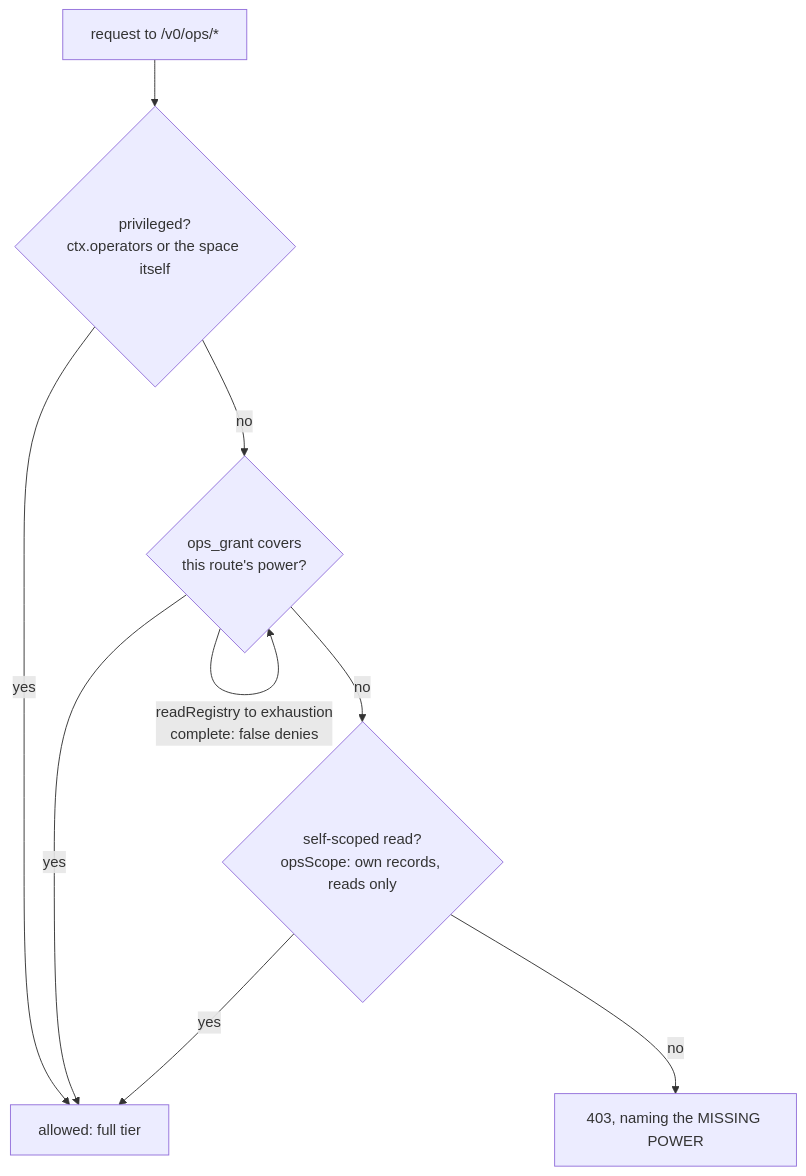
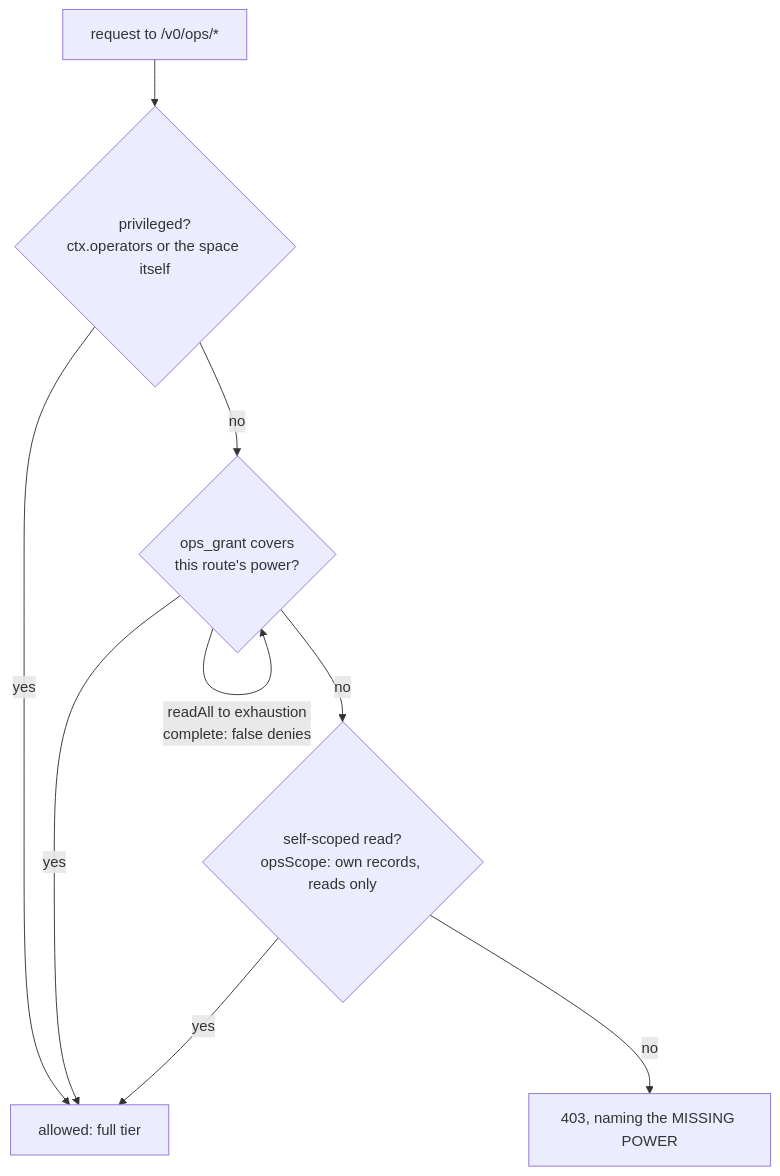
One commit to wistrand/radia changed the diagram in agent_docs/architecture-ops-tiers.md. Above: the diagram before and after it, drawn with Mermaid. The commit also changed other lines of this file and 27 other files, not shown here.

````diff
--- a/agent_docs/architecture-ops-tiers.md
+++ b/agent_docs/architecture-ops-tiers.md
@@ -83,11 +83,11 @@
 ```mermaid
 flowchart TB
     R["request to /v0/ops/*"] --> P{"privileged?<br/>ctx.operators or the space itself"}
     P -->|yes| A["allowed: full tier"]
     P -->|no| G{"ops_grant covers<br/>this route's power?"}
-    G -->|"readRegistry to exhaustion<br/>complete: false denies"| G
+    G -->|"readAll to exhaustion<br/>complete: false denies"| G
     G -->|yes| A
     G -->|no| S{"self-scoped read?<br/>opsScope: own records, reads only"}
     S -->|yes| A
     S -->|no| D["403, naming the MISSING POWER"]
 ```
````
